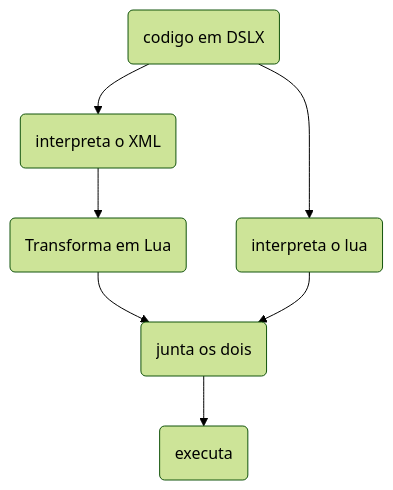
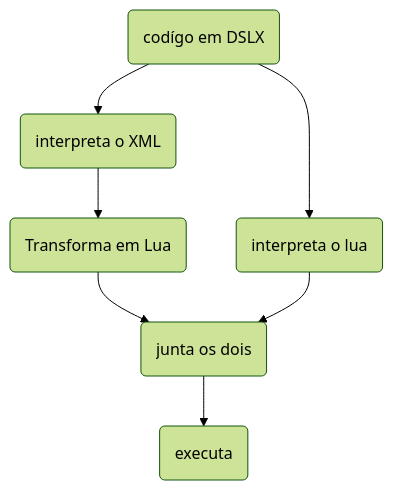
The diagram in README.md (pessoa736/DaviLuaXML), drawn with Mermaid (forest theme) before and after one commit. The commit also changed other lines of this file, not shown here.

Commit message:
adição de um sumario, mudei o grafico mermaid de canto, corrigi mais erros de português basico, e citei as ferramentas de IA utilizadas no projeto. (por hoje meu utimo commit no README)

````diff
--- a/README.md
+++ b/README.md
@@ -28,11 +33,11 @@
 ```mermaid
     graph TD;
-        A("codigo em DSLX") --> B("interpreta o lua");
+        A("codígo em DSLX") --> B("interpreta o lua");
         A --> C("interpreta o XML");
         C --> D("Transforma em Lua");
         D --> E("junta os dois")
         B --> E
         E --> F("executa")
 
 
 ```
````
